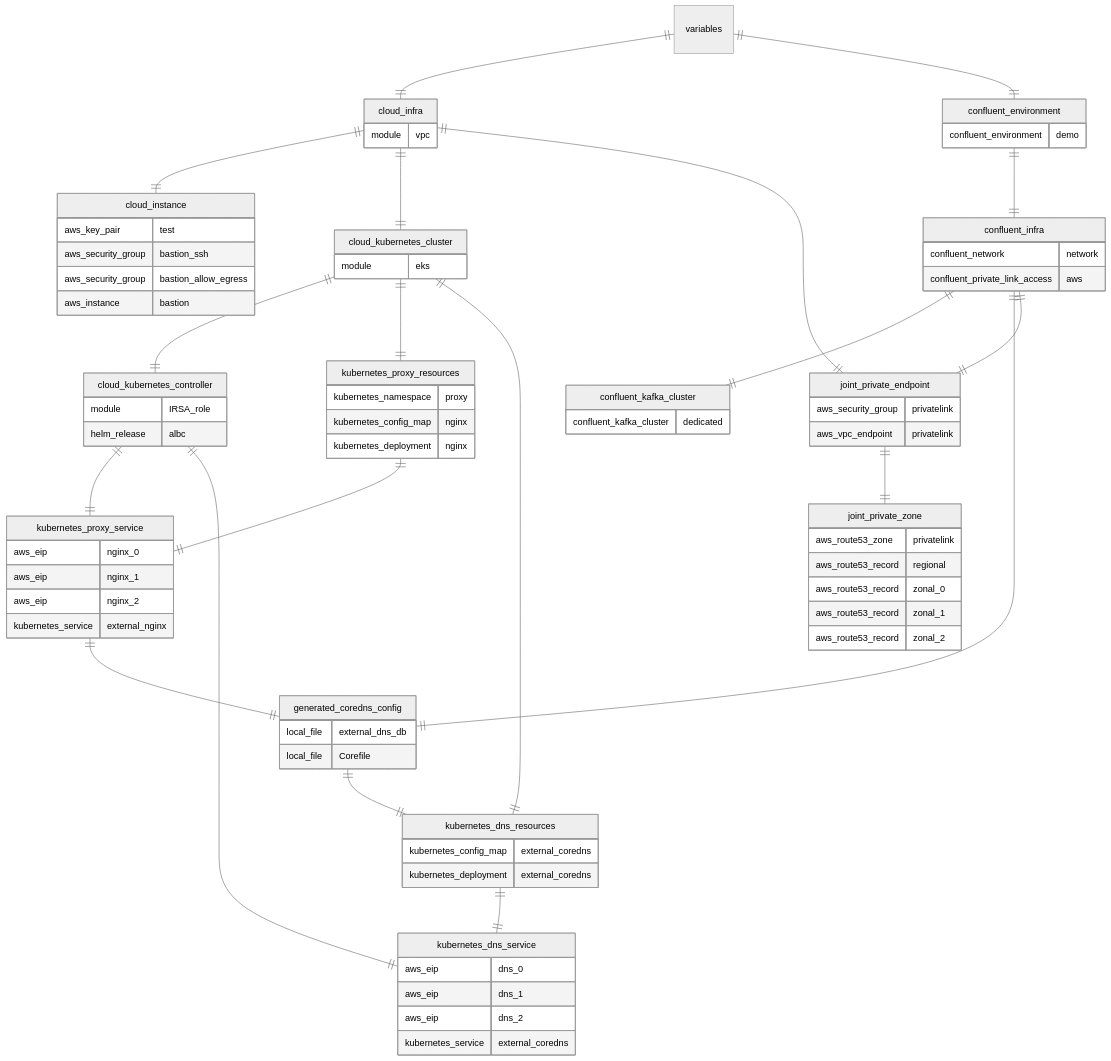
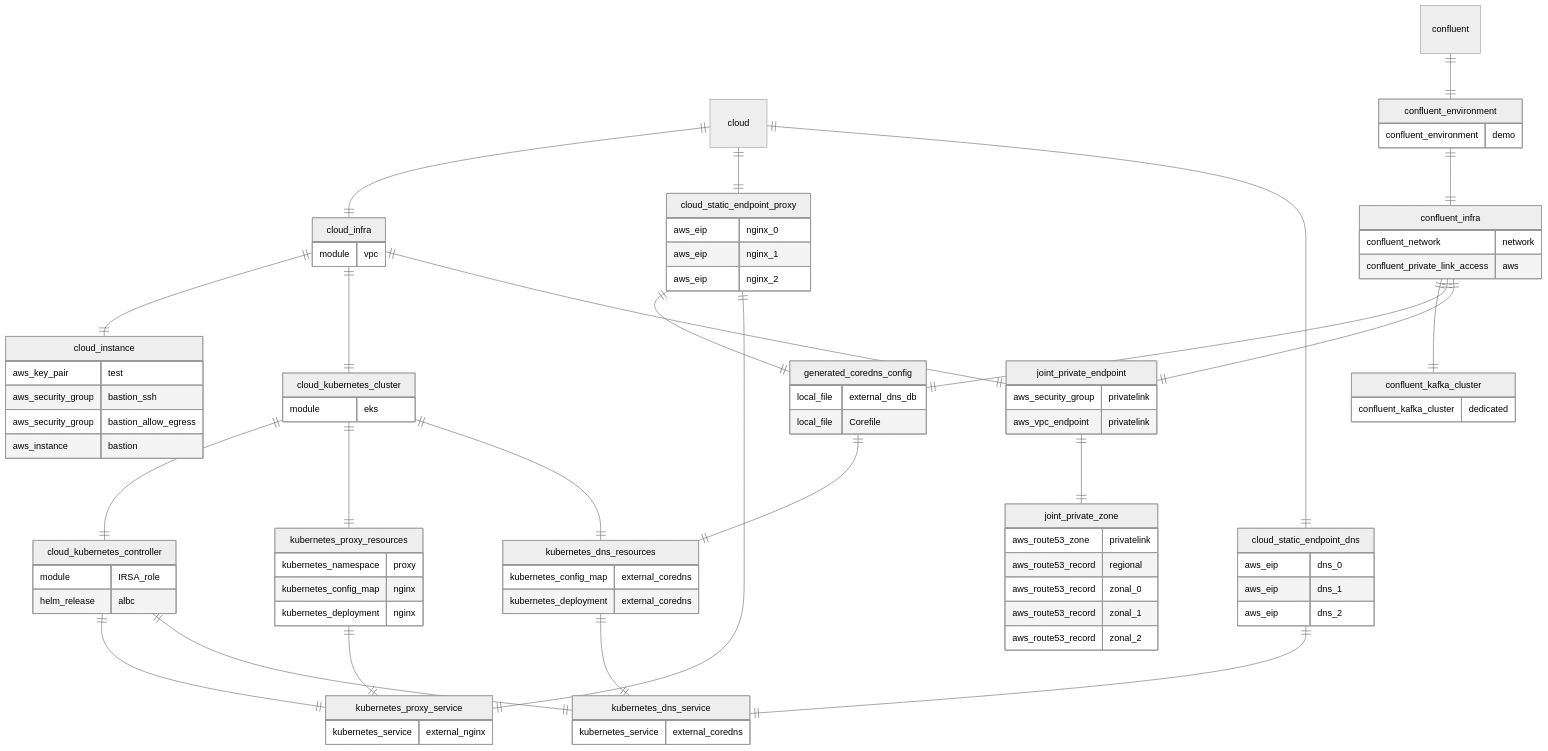
The third of 3 diagrams in cloud-networking/aws-privatelink/README.md (justinrlee/terraform-templates), drawn with Mermaid before and after one commit. The commit also changed other lines of this file, not shown here.

Commit message:
refactor EIP out

````diff
--- a/cloud-networking/aws-privatelink/README.md
+++ b/cloud-networking/aws-privatelink/README.md
@@ -201,17 +205,20 @@
 ```mermaid
 %%{init: {"theme": "neutral", "logLevel": 1 }}%%
 erDiagram
-    variables ||--|| cloud_infra: ""
+    cloud ||--|| cloud_infra: ""
     cloud_infra ||--|| cloud_instance: ""
     cloud_infra ||--|| cloud_kubernetes_cluster: ""
     cloud_kubernetes_cluster ||--|| cloud_kubernetes_controller: ""
     cloud_kubernetes_cluster ||--|| kubernetes_proxy_resources: ""
     cloud_kubernetes_cluster ||--|| kubernetes_dns_resources: ""
 
+    cloud ||--|| cloud_static_endpoint_proxy: ""
+    cloud ||--|| cloud_static_endpoint_dns: ""
+
     cloud_kubernetes_controller ||--|| kubernetes_proxy_service: ""
     cloud_kubernetes_controller ||--|| kubernetes_dns_service: ""
 
-    variables ||--|| confluent_environment: ""
+    confluent ||--|| confluent_environment: ""
     confluent_environment ||--|| confluent_infra: ""
     confluent_infra ||--|| confluent_kafka_cluster: ""
 
@@ -223,9 +230,23 @@
     cloud_infra ||--|| joint_private_endpoint: ""
     joint_private_endpoint ||--|| joint_private_zone: ""
 
-    kubernetes_proxy_service ||--|| generated_coredns_config: ""
+    cloud_static_endpoint_proxy ||--|| generated_coredns_config: ""
 
-    
+    cloud_static_endpoint_proxy ||--|| kubernetes_proxy_service: ""
+    cloud_static_endpoint_dns ||--|| kubernetes_dns_service: ""
+
+    cloud_static_endpoint_proxy {
+      aws_eip nginx_0
+      aws_eip nginx_1
+      aws_eip nginx_2
+    }
+
+    cloud_static_endpoint_dns {
+      aws_eip dns_0
+      aws_eip dns_1
+      aws_eip dns_2
+    }
+
     cloud_infra {
       module vpc
     }
@@ -281,9 +302,6 @@
     }
     
     kubernetes_proxy_service {
-      aws_eip nginx_0
-      aws_eip nginx_1
-      aws_eip nginx_2
       kubernetes_service external_nginx
     }
 
@@ -300,9 +318,6 @@
     kubernetes_dns_resources ||--|| kubernetes_dns_service: ""
 
     kubernetes_dns_service {
-      aws_eip dns_0
-      aws_eip dns_1
-      aws_eip dns_2
       kubernetes_service external_coredns
     }
 ```
````
